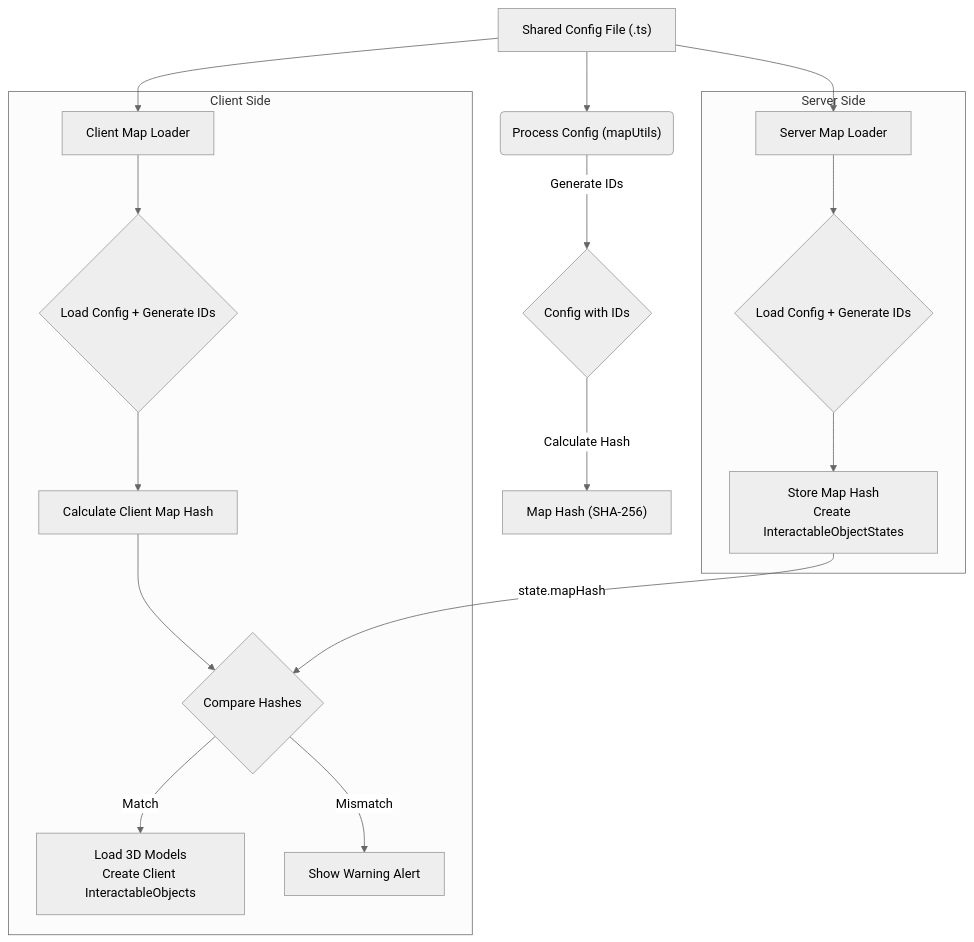
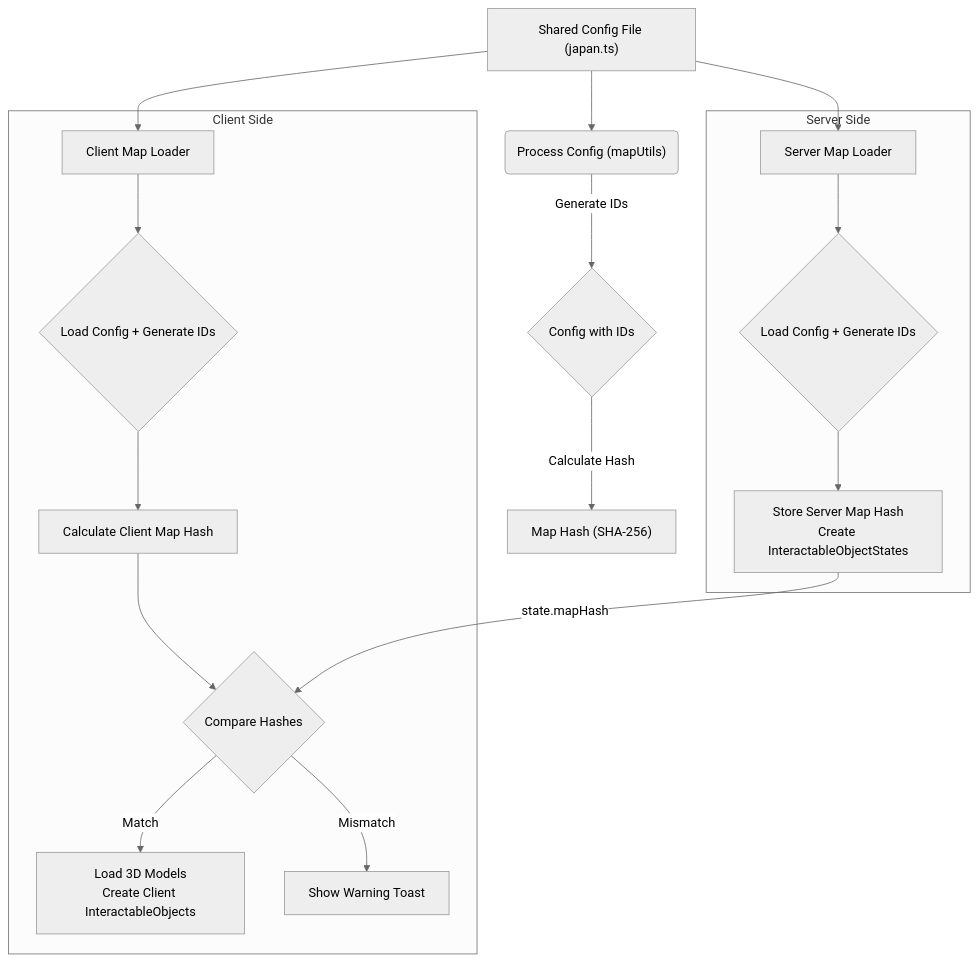
Before and after one commit to TriForMine/Delixia: the third of 3 diagrams in README.md, drawn with Mermaid (neutral theme). The commit also changed other lines of this file, not shown here.

````diff
--- a/README.md
+++ b/README.md
@@ -157,23 +171,23 @@
     ```mermaid
      graph TD
-        A["Shared Config File (.ts)"] --> B("Process Config (mapUtils)");
+        A["Shared Config File (japan.ts)"] --> B("Process Config (mapUtils)");
         B -- "Generate IDs" --> C{"Config with IDs"};
         C -- "Calculate Hash" --> D["Map Hash (SHA-256)"];
 
         subgraph Server ["Server Side"]
             E["Server Map Loader"] --> F{"Load Config + Generate IDs"};
-            F --> G["Store Map Hash<br>Create InteractableObjectStates"];
+            F --> G["Store Server Map Hash<br>Create InteractableObjectStates"];
         end
 
         subgraph Client ["Client Side"]
             H["Client Map Loader"] --> I{"Load Config + Generate IDs"};
             I --> J["Calculate Client Map Hash"];
             J --> K{"Compare Hashes"};
             K -- Match --> L["Load 3D Models<br>Create Client InteractableObjects"];
-            K -- Mismatch --> M["Show Warning Alert"];
+            K -- Mismatch --> M["Show Warning Toast"];
         end
 
         A --> E;
         A --> H;
         G -- "state.mapHash" --> K;
     ```
````
